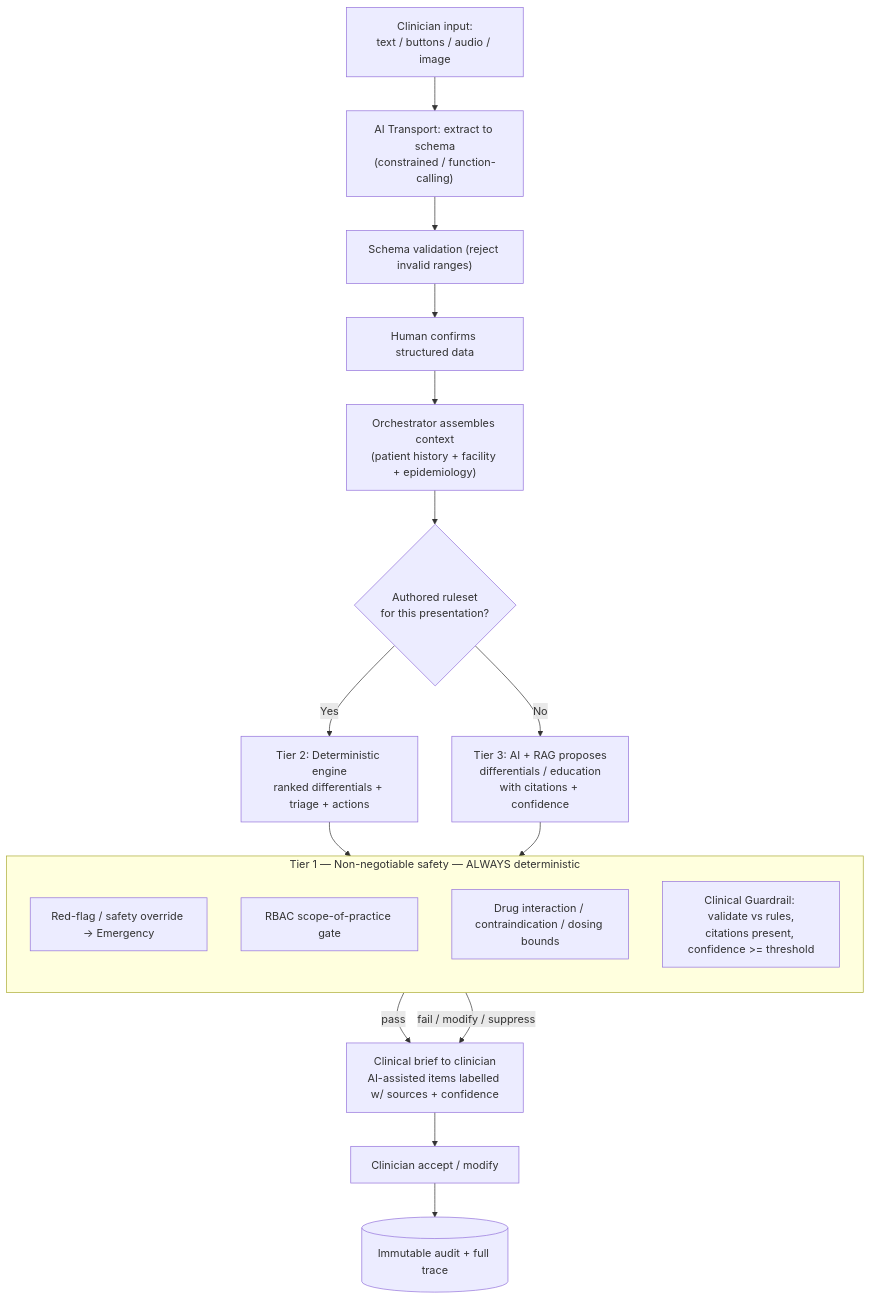
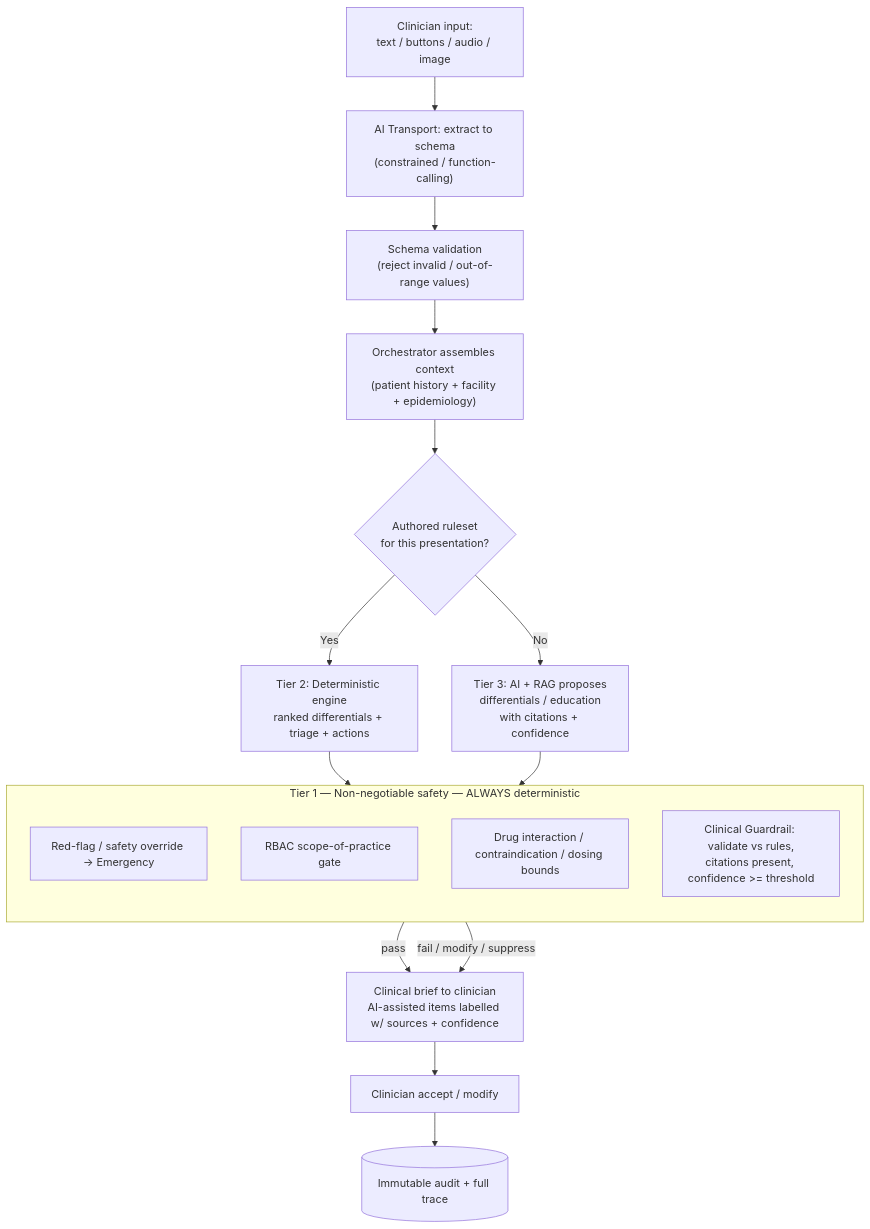
One commit to CollinDex/awadoc-cdst changed the third of 12 diagrams in docs/ARCHITECTURE.md. Above: the diagram before and after it, drawn with Mermaid. The commit also changed other lines of this file and 1 other file, not shown here.

First line of the commit message:
docs: remove human-confirm-of-extracted-data step

````diff
--- a/docs/ARCHITECTURE.md
+++ b/docs/ARCHITECTURE.md
@@ -175,27 +175,26 @@
 ```mermaid
 flowchart TD
     IN["Clinician input:<br/>text / buttons / audio / image"] --> EX["AI Transport: extract to schema<br/>(constrained / function-calling)"]
-    EX --> VAL["Schema validation (reject invalid ranges)"]
-    VAL --> CONF["Human confirms structured data"]
-    CONF --> CTX["Orchestrator assembles context<br/>(patient history + facility + epidemiology)"]
+    EX --> VAL["Schema validation<br/>(reject invalid / out-of-range values)"]
+    VAL --> CTX["Orchestrator assembles context<br/>(patient history + facility + epidemiology)"]
     CTX --> ROUTE{"Authored ruleset<br/>for this presentation?"}
 
     ROUTE -->|Yes| DET["Tier 2: Deterministic engine<br/>ranked differentials + triage + actions"]
     ROUTE -->|No| RAG["Tier 3: AI + RAG proposes<br/>differentials / education<br/>with citations + confidence"]
 
     DET --> SAFE
     RAG --> SAFE
 
     subgraph SAFE["Tier 1 — Non-negotiable safety — ALWAYS deterministic"]
         direction TB
         RF["Red-flag / safety override -> Emergency"]
         SOP["RBAC scope-of-practice gate"]
         DD["Drug interaction / contraindication / dosing bounds"]
         QC["Clinical Guardrail: validate vs rules,<br/>citations present, confidence >= threshold"]
     end
 
     SAFE -->|pass| BRIEF["Clinical brief to clinician<br/>AI-assisted items labelled w/ sources + confidence"]
     SAFE -->|fail / modify / suppress| BRIEF
     BRIEF --> DISP["Clinician accept / modify"]
     DISP --> AUD[("Immutable audit + full trace")]
 ```
````
